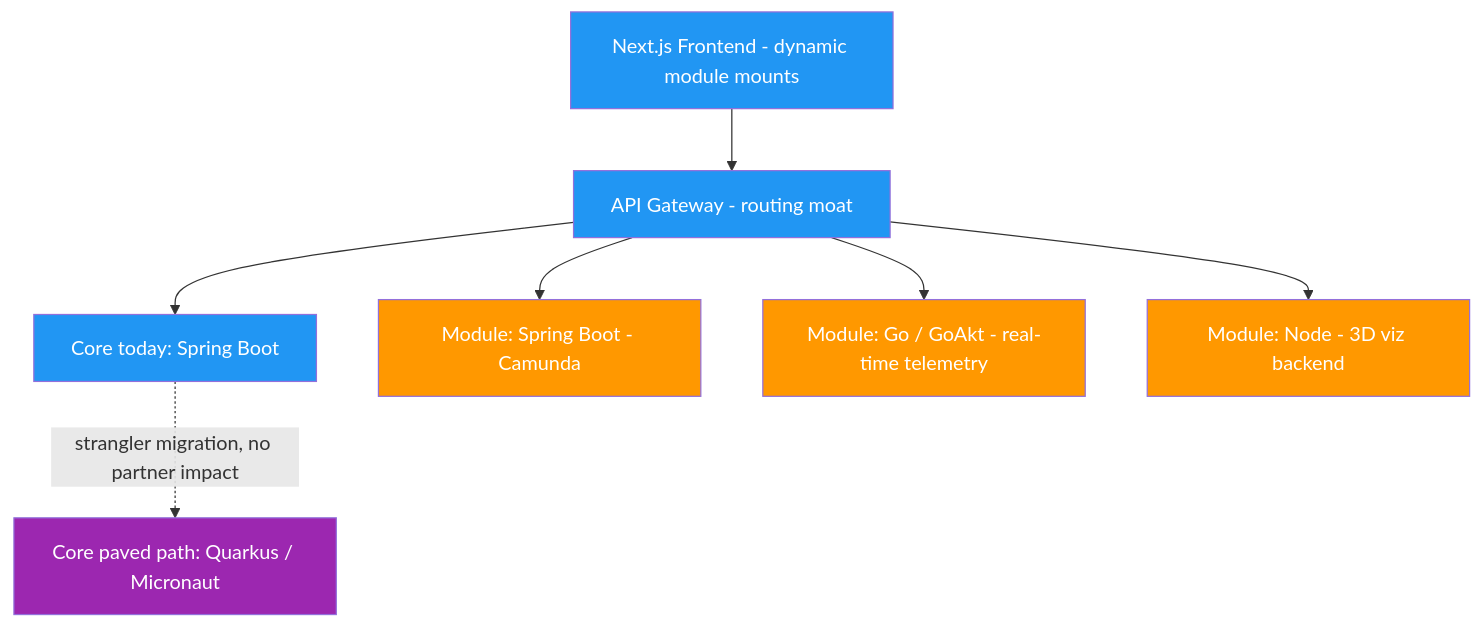
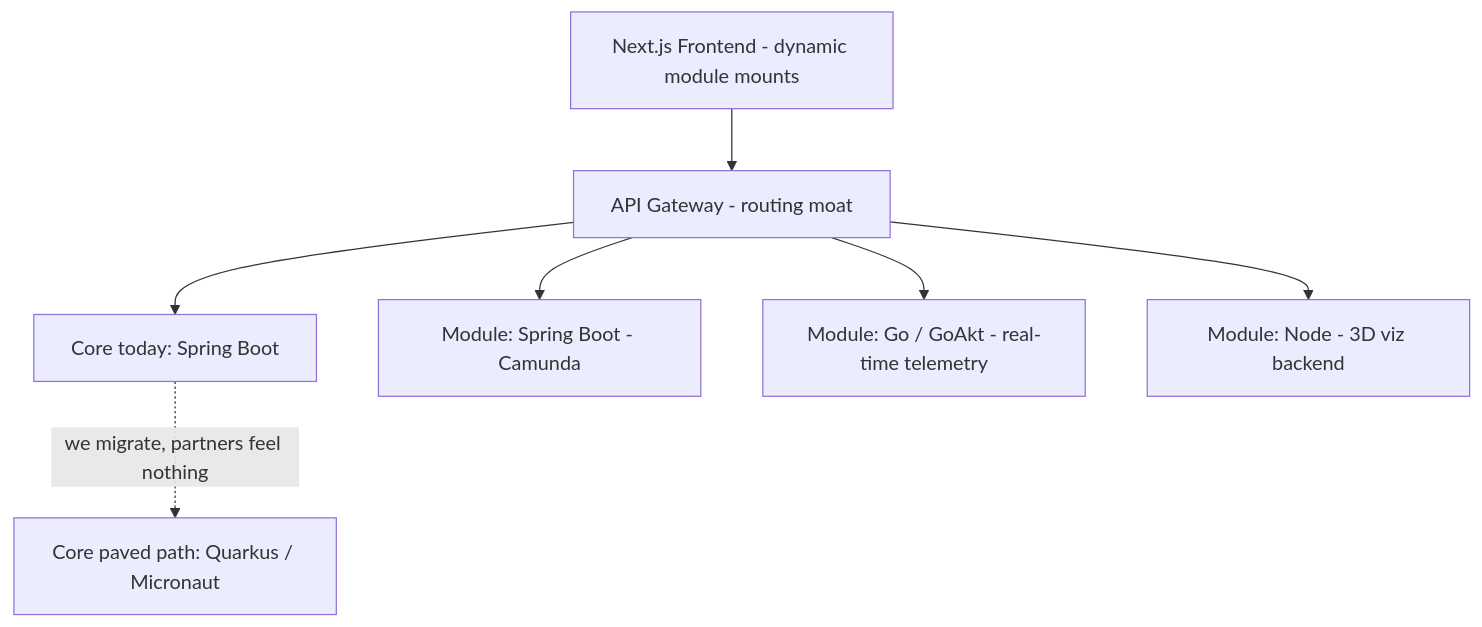
One commit to Katty-Fashion/kf-cpto changed the third of 3 diagrams in docs/governance.md. Above: the diagram before and after it, drawn with Mermaid. The commit also changed other lines of this file and 1 other file, not shown here.

First line of the commit message:
style(governance): render pills as badges, forest-native rounded diagrams, first-person voice

````diff
--- a/docs/governance.md
+++ b/docs/governance.md
@@ -173,24 +161,17 @@
 ```mermaid
 graph TD
     Client["Next.js Frontend - dynamic module mounts"]
     GW["API Gateway - routing moat"]
     CoreNow["Core today: Spring Boot"]
     CoreNext["Core paved path: Quarkus / Micronaut"]
     ModJVM["Module: Spring Boot - Camunda"]
     ModGo["Module: Go / GoAkt - real-time telemetry"]
     ModNode["Module: Node - 3D viz backend"]
 
     Client --> GW
     GW --> CoreNow
-    CoreNow -.->|"strangler migration, no partner impact"| CoreNext
+    CoreNow -.->|"we migrate, partners feel nothing"| CoreNext
     GW --> ModJVM
     GW --> ModGo
     GW --> ModNode
-
-    classDef now fill:#2196F3,color:#fff
-    classDef next fill:#9C27B0,color:#fff
-    classDef mod fill:#FF9800,color:#fff
-    class CoreNow,GW,Client now
-    class CoreNext next
-    class ModJVM,ModGo,ModNode mod
 ```
````
